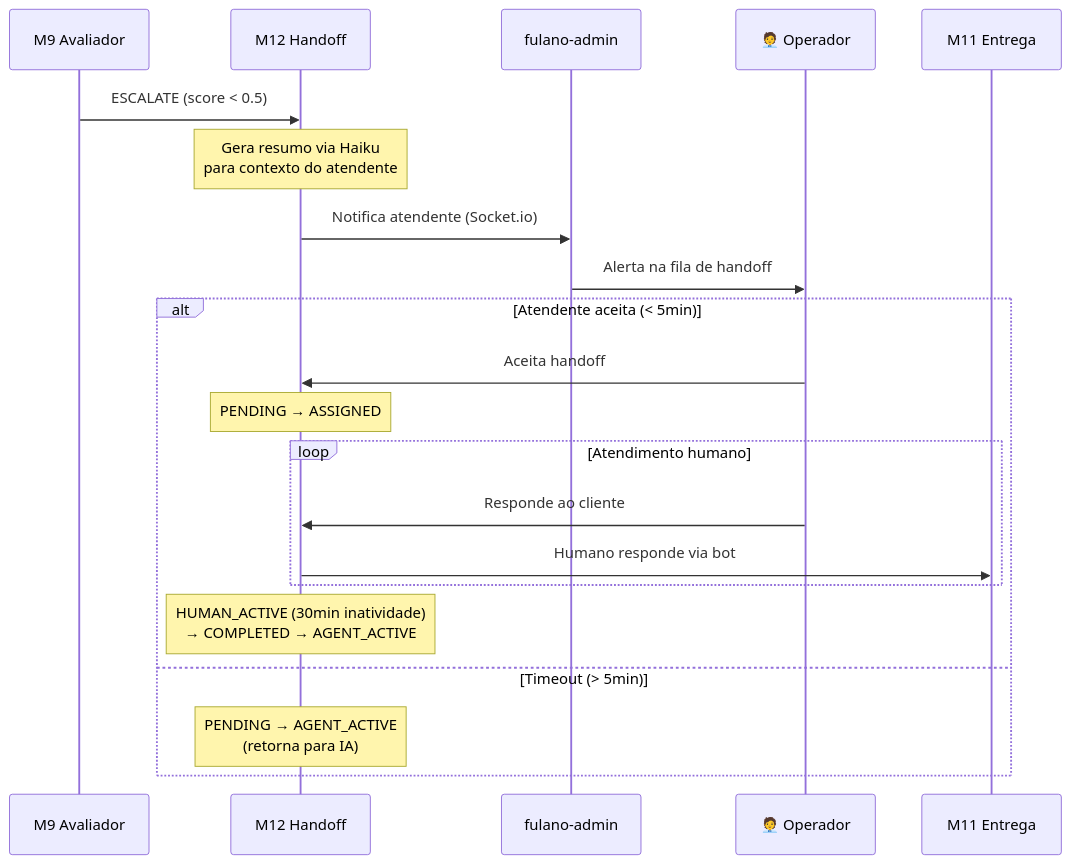
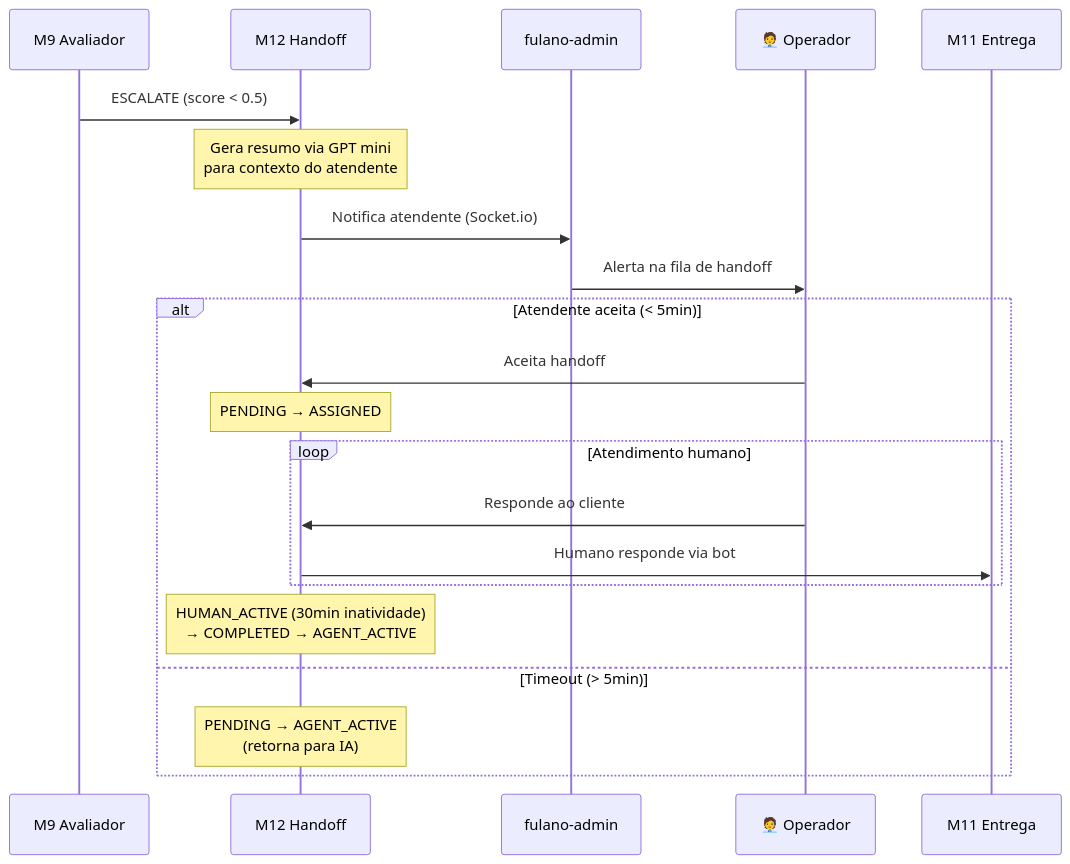
One commit to paceautomations/madruga.ai changed the seventh of 10 diagrams in platforms/fulano/business/process.md. Above: the diagram before and after it, drawn with Mermaid. The commit also changed other lines of this file and 7 other files, not shown here.

First line of the commit message:
fix: align fulano engineering docs — pipeline flow, enums, LLM provider

````diff
--- a/platforms/fulano/business/process.md
+++ b/platforms/fulano/business/process.md
@@ -225,26 +227,26 @@
 ```mermaid
 sequenceDiagram
     participant M9 as M9 Avaliador
     participant M12 as M12 Handoff
     participant Admin as fulano-admin
     participant Operador as 🧑‍💼 Operador
     participant M11 as M11 Entrega
 
     M9->>M12: ESCALATE (score < 0.5)
-    Note over M12: Gera resumo via Haiku<br/>para contexto do atendente
+    Note over M12: Gera resumo via GPT mini<br/>para contexto do atendente
 
     M12->>Admin: Notifica atendente (Socket.io)
     Admin->>Operador: Alerta na fila de handoff
 
     alt Atendente aceita (< 5min)
         Operador->>M12: Aceita handoff
         Note over M12: PENDING → ASSIGNED
         loop Atendimento humano
             Operador->>M12: Responde ao cliente
             M12->>M11: Humano responde via bot
         end
         Note over M12: HUMAN_ACTIVE (30min inatividade)<br/>→ COMPLETED → AGENT_ACTIVE
     else Timeout (> 5min)
         Note over M12: PENDING → AGENT_ACTIVE<br/>(retorna para IA)
     end
 ```
````
